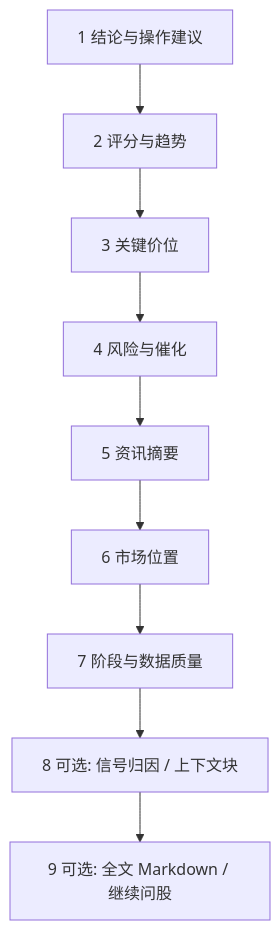
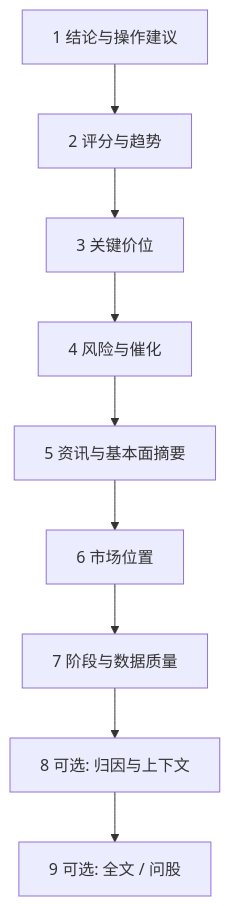
Before and after one commit to SiinXu/stock-pulse-ai: the diagram in docs/ui-manual/08-reading-reports.md, drawn with Mermaid. The commit also changed other lines of this file and 18 other files, not shown here.

````diff
--- a/docs/ui-manual/08-reading-reports.md
+++ b/docs/ui-manual/08-reading-reports.md
@@ -36,11 +52,11 @@
 ```mermaid
 flowchart TD
   A[1 结论与操作建议] --> B[2 评分与趋势]
   B --> C[3 关键价位]
   C --> D[4 风险与催化]
-  D --> E[5 资讯摘要]
+  D --> E[5 资讯与基本面摘要]
   E --> F[6 市场位置]
   F --> G[7 阶段与数据质量]
-  G --> H[8 可选: 信号归因 / 上下文块]
-  H --> I[9 可选: 全文 Markdown / 继续问股]
+  G --> H[8 可选: 归因与上下文]
+  H --> I[9 可选: 全文 / 问股]
 ```
````
